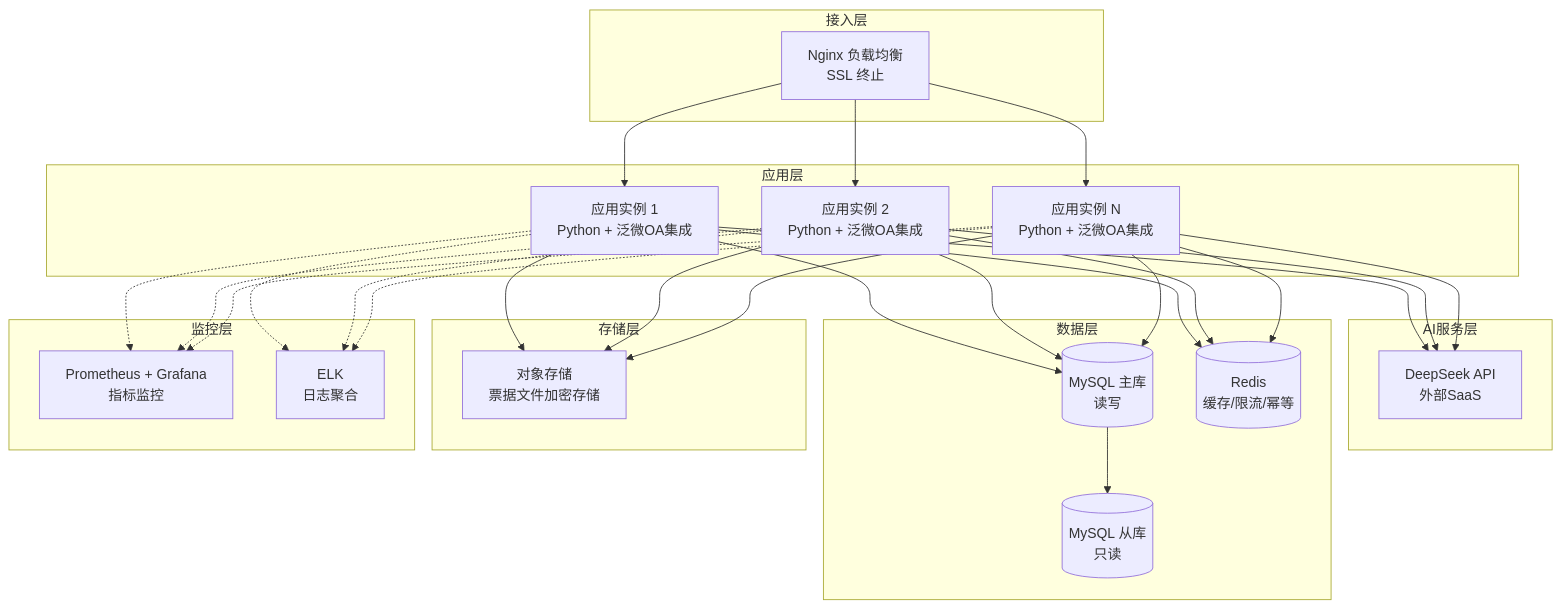
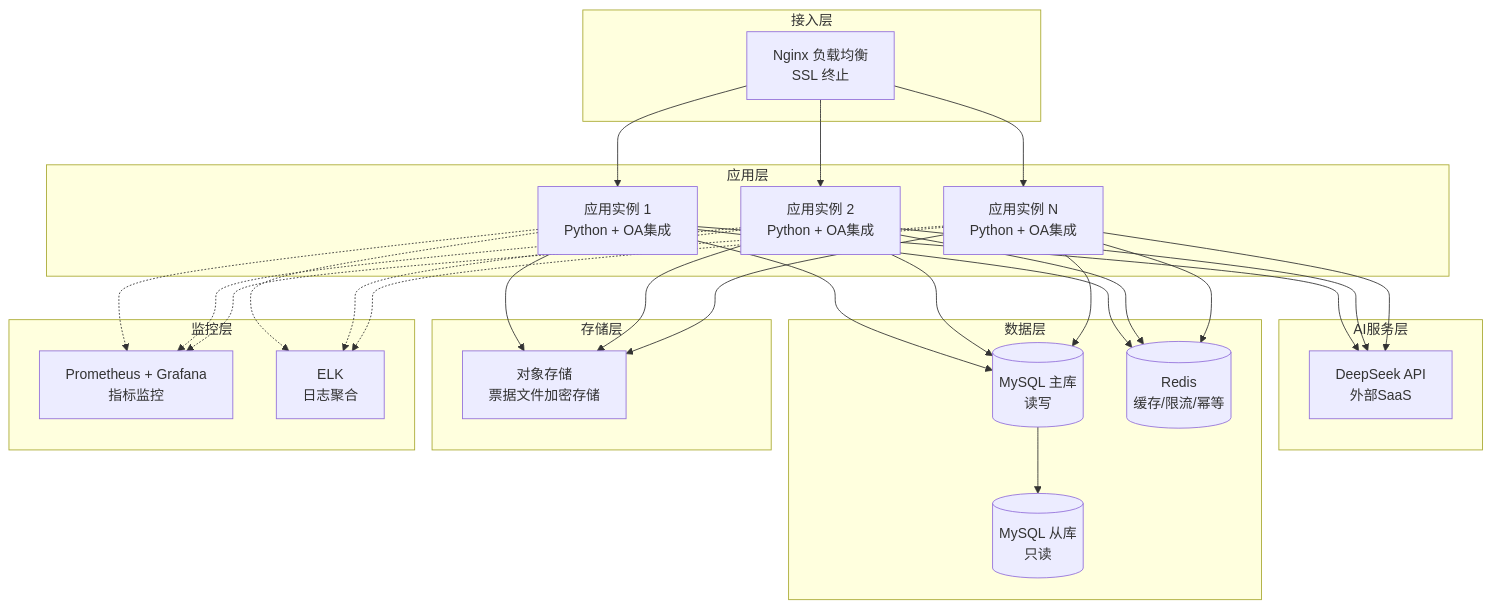
The fourth of 5 diagrams in docs/design.md (nickluo2026/OA-Reimbursement-AIAgent), drawn with Mermaid before and after one commit. The commit also changed other lines of this file, not shown here.

````diff
--- a/docs/design.md
+++ b/docs/design.md
@@ -720,54 +720,54 @@
 ```mermaid
 graph TB
     subgraph 接入层
         LB[Nginx 负载均衡<br/>SSL 终止]
     end
 
     subgraph 应用层
-        APP1[应用实例 1<br/>Python + 泛微OA集成]
-        APP2[应用实例 2<br/>Python + 泛微OA集成]
-        APP3[应用实例 N<br/>Python + 泛微OA集成]
+        APP1[应用实例 1<br/>Python +  OA集成]
+        APP2[应用实例 2<br/>Python +  OA集成]
+        APP3[应用实例 N<br/>Python +  OA集成]
     end
 
     subgraph AI服务层
         DS[DeepSeek API<br/>外部SaaS]
     end
 
     subgraph 数据层
         DBM[(MySQL 主库<br/>读写)]
         DBS[(MySQL 从库<br/>只读)]
         REDIS[(Redis<br/>缓存/限流/幂等)]
     end
 
     subgraph 存储层
         OSS[对象存储<br/>票据文件加密存储]
     end
 
     subgraph 监控层
         MON[Prometheus + Grafana<br/>指标监控]
         LOG[ELK<br/>日志聚合]
     end
 
     LB --> APP1
     LB --> APP2
     LB --> APP3
     APP1 --> DS
     APP2 --> DS
     APP3 --> DS
     APP1 --> DBM
     APP2 --> DBM
     APP3 --> DBM
     DBM --> DBS
     APP1 --> REDIS
     APP2 --> REDIS
     APP3 --> REDIS
     APP1 --> OSS
     APP2 --> OSS
     APP3 --> OSS
     APP1 -.-> MON
     APP2 -.-> MON
     APP3 -.-> MON
     APP1 -.-> LOG
     APP2 -.-> LOG
     APP3 -.-> LOG
 ```
````
